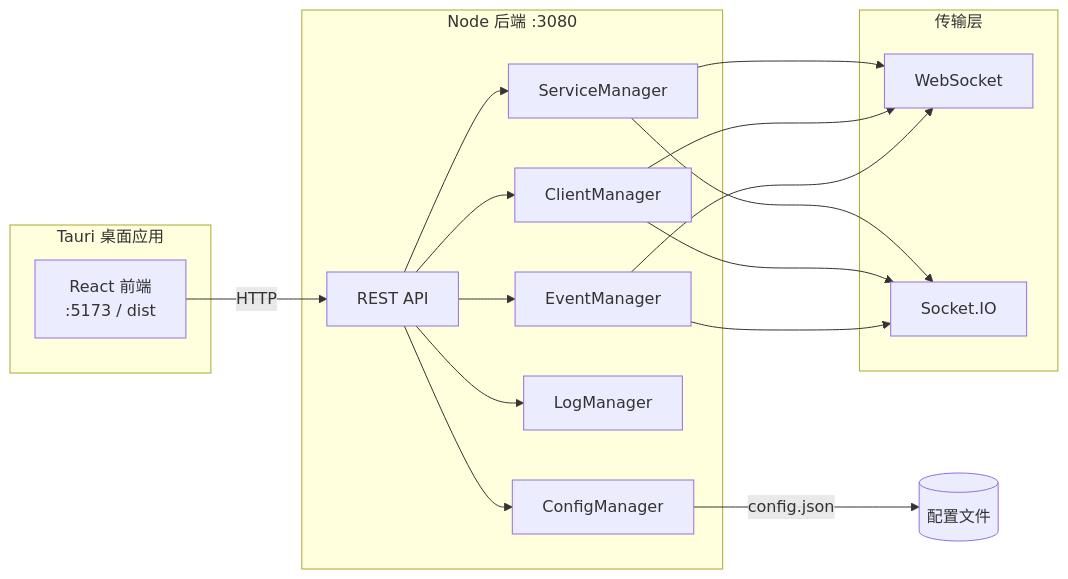
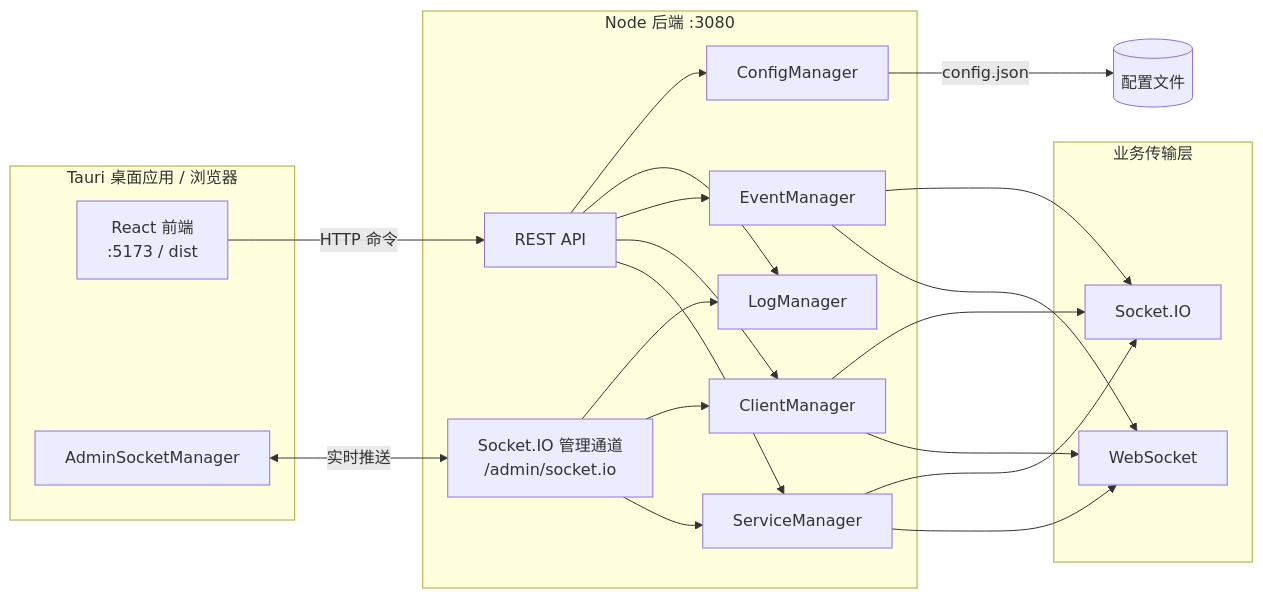
One commit to zoumingyin/socket-simulator changed the diagram in README.md. Above: the diagram before and after it, drawn with Mermaid. The commit also changed other lines of this file, not shown here.

````diff
--- a/README.md
+++ b/README.md
@@ -29,24 +34,28 @@
 ```mermaid
 flowchart LR
-  subgraph Desktop["Tauri 桌面应用"]
+  subgraph Desktop["Tauri 桌面应用 / 浏览器"]
     UI["React 前端\n:5173 / dist"]
+    ASM["AdminSocketManager"]
   end
   subgraph Backend["Node 后端 :3080"]
     API["REST API"]
+    AdminIO["Socket.IO 管理通道\n/admin/socket.io"]
     SM["ServiceManager"]
     CM["ClientManager"]
     EM["EventManager"]
     LM["LogManager"]
     CFG["ConfigManager"]
   end
-  subgraph Transports["传输层"]
+  subgraph Transports["业务传输层"]
     WS["WebSocket"]
     SIO["Socket.IO"]
   end
-  UI -->|HTTP| API
+  UI -->|HTTP 命令| API
+  ASM <-->|实时推送| AdminIO
   API --> SM & CM & EM & LM & CFG
+  AdminIO --> SM & CM & LM
   SM --> WS & SIO
   CM --> WS & SIO
   EM --> WS & SIO
   CFG -->|config.json| Disk[(配置文件)]
 ```
````
